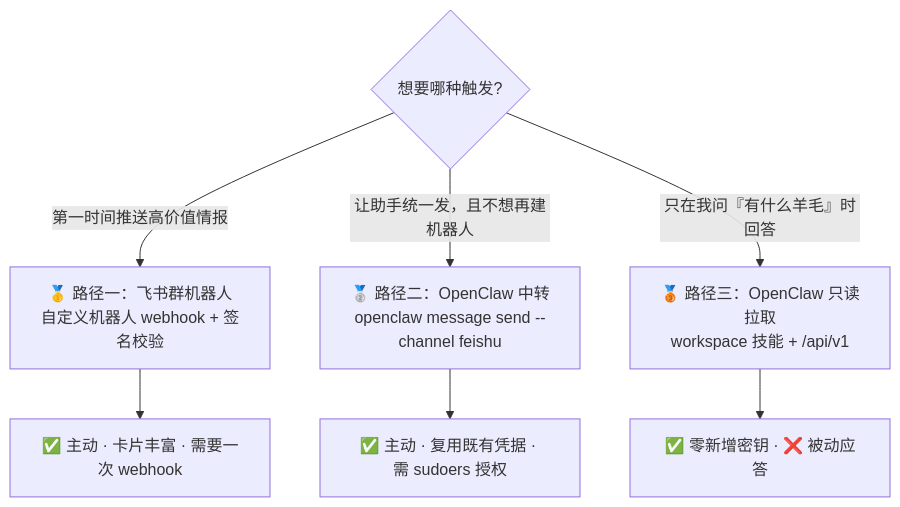
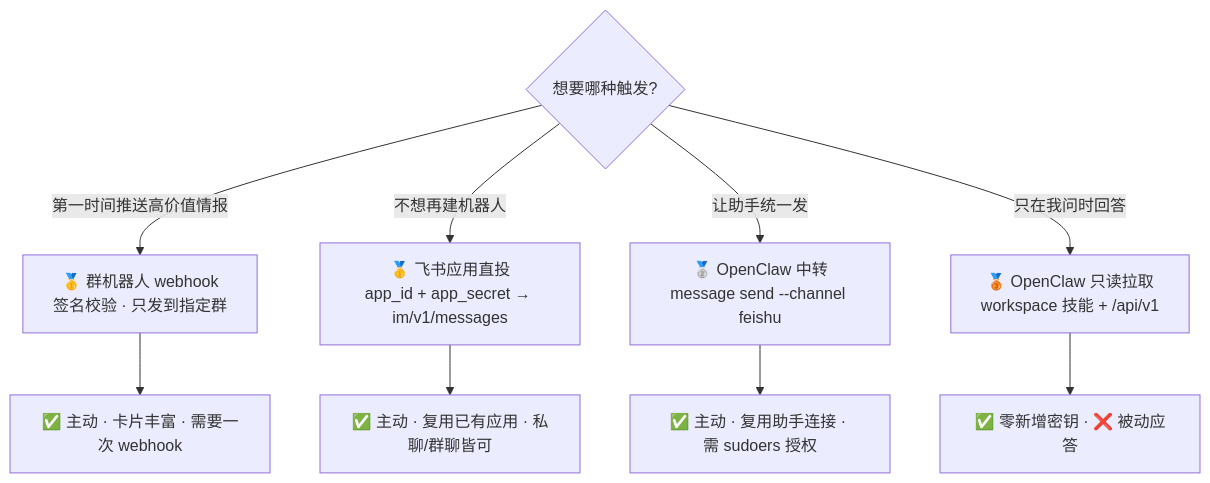
One commit to xiabee/Deal-Hunter changed the fourth of 4 diagrams in README.md. Above: the diagram before and after it, drawn with Mermaid. The commit also changed other lines of this file and 7 other files, not shown here.

````diff
--- a/README.md
+++ b/README.md
@@ -226,10 +226,12 @@
 ```mermaid
 flowchart TD
-    Q{想要哪种触发?} -- "第一时间推送高价值情报" --> W1["🥇 路径一：飞书群机器人<br/>自定义机器人 webhook + 签名校验"]
-    Q -- "让助手统一发，且不想再建机器人" --> W2["🥈 路径二：OpenClaw 中转<br/>openclaw message send --channel feishu"]
-    Q -- "只在我问『有什么羊毛』时回答" --> W3["🥉 路径三：OpenClaw 只读拉取<br/>workspace 技能 + /api/v1"]
+    Q{想要哪种触发?} -- "第一时间推送高价值情报" --> W1["🥇 群机器人 webhook<br/>签名校验 · 只发到指定群"]
+    Q -- "不想再建机器人" --> W1b["🥇 飞书应用直投<br/>app_id + app_secret → im/v1/messages"]
+    Q -- "让助手统一发" --> W2["🥈 OpenClaw 中转<br/>message send --channel feishu"]
+    Q -- "只在我问时回答" --> W3["🥉 OpenClaw 只读拉取<br/>workspace 技能 + /api/v1"]
 
     W1 --> C1["✅ 主动 · 卡片丰富 · 需要一次 webhook"]
-    W2 --> C2["✅ 主动 · 复用既有凭据 · 需 sudoers 授权"]
+    W1b --> C1b["✅ 主动 · 复用已有应用 · 私聊/群聊皆可"]
+    W2 --> C2["✅ 主动 · 复用助手连接 · 需 sudoers 授权"]
     W3 --> C3["✅ 零新增密钥 · ❌ 被动应答"]
 ```
````
